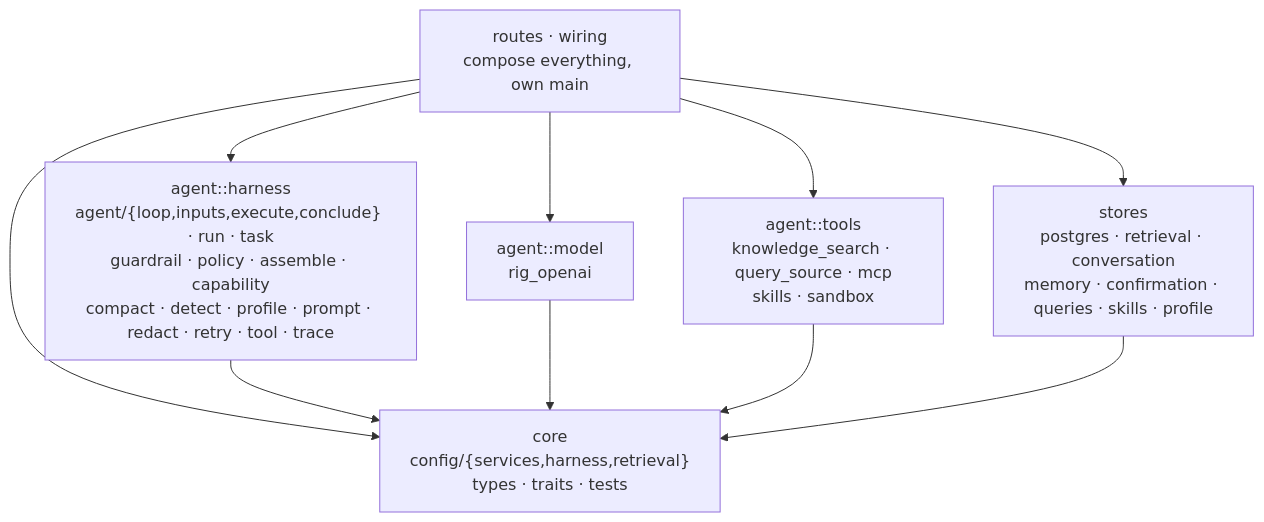
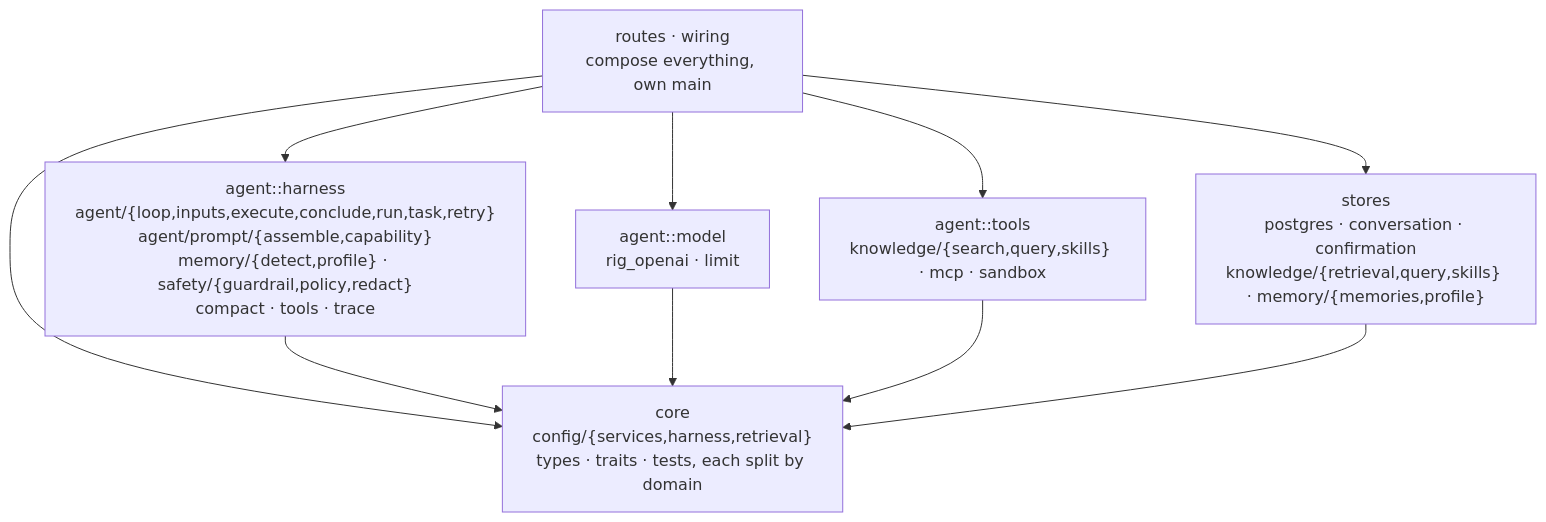
Before and after one commit to ashworks1706/SparkyAI: the second of 9 diagrams in docs/ARCHITECTURE.md, drawn with Mermaid. The commit also changed other lines of this file and 150 other files, not shown here.

````diff
--- a/docs/ARCHITECTURE.md
+++ b/docs/ARCHITECTURE.md
@@ -111,19 +119,19 @@
 ```mermaid
 flowchart TD
     ROUTES["routes · wiring<br/>compose everything, own main"]
-    HARNESS["agent::harness<br/>agent/{loop,inputs,execute,conclude} · run · task<br/>guardrail · policy · assemble · capability<br/>compact · detect · profile · prompt · redact · retry · tool · trace"]
-    MODEL["agent::model<br/>rig_openai"]
-    TOOLS["agent::tools<br/>knowledge_search · query_source · mcp<br/>skills · sandbox"]
-    STORES["stores<br/>postgres · retrieval · conversation<br/>memory · confirmation · queries · skills · profile"]
-    CORE["core<br/>config/{services,harness,retrieval}<br/>types · traits · tests"]
+    HARNESS["agent::harness<br/>agent/{loop,inputs,execute,conclude,run,task,retry}<br/>agent/prompt/{assemble,capability}<br/>memory/{detect,profile} · safety/{guardrail,policy,redact}<br/>compact · tools · trace"]
+    MODEL["agent::model<br/>rig_openai · limit"]
+    TOOLS["agent::tools<br/>knowledge/{search,query,skills} · mcp · sandbox"]
+    STORES["stores<br/>postgres · conversation · confirmation<br/>knowledge/{retrieval,query,skills} · memory/{memories,profile}"]
+    CORE["core<br/>config/{services,harness,retrieval}<br/>types · traits · tests, each split by domain"]
 
     ROUTES --> HARNESS
     ROUTES --> MODEL
     ROUTES --> TOOLS
     ROUTES --> STORES
     ROUTES --> CORE
     HARNESS --> CORE
     MODEL --> CORE
     TOOLS --> CORE
     STORES --> CORE
 ```
````
